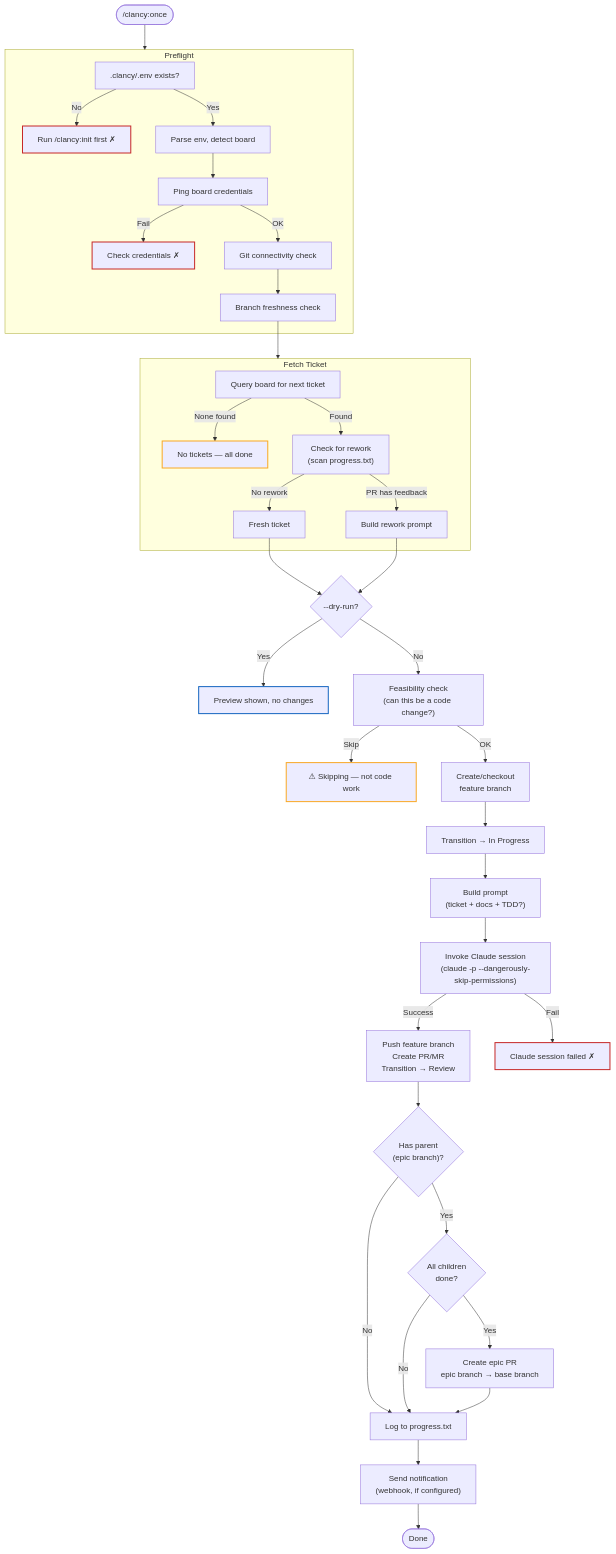
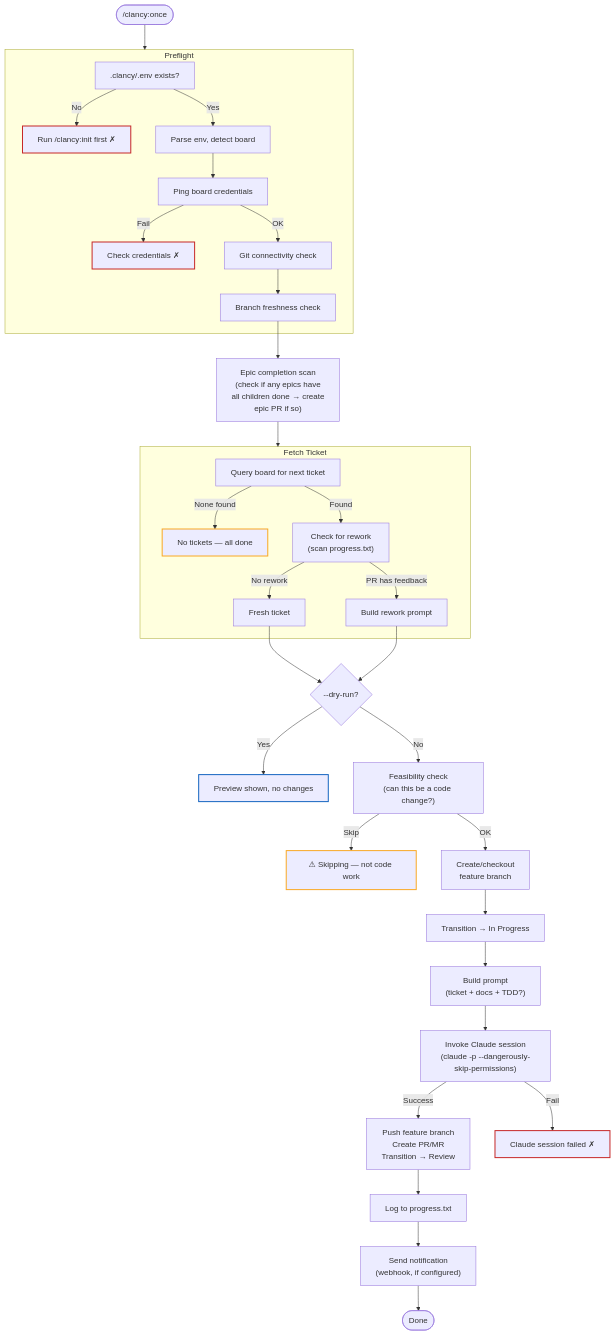
One commit to Pushedskydiver/clancy changed the third of 8 diagrams in docs/VISUAL-ARCHITECTURE.md. Above: the diagram before and after it, drawn with Mermaid. The commit also changed other lines of this file, not shown here.

Commit message:
📝 docs: update visual architecture for epic reference + completion scan
- Diagram 3: add epic completion scan after preflight (before ticket
  fetch), remove stale post-delivery epic check
- Diagram 4: add "Epic: {key}" in description to ticket creation node

````diff
--- a/docs/VISUAL-ARCHITECTURE.md
+++ b/docs/VISUAL-ARCHITECTURE.md
@@ -140,59 +140,53 @@
 ```mermaid
 flowchart TD
     Start(["/clancy:once"]) --> Preflight
 
     subgraph Preflight
         P1[".clancy/.env exists?"] -->|No| Stop1["Run /clancy:init first ✗"]
         P1 -->|Yes| P2["Parse env, detect board"]
         P2 --> P3["Ping board credentials"]
         P3 -->|Fail| Stop2["Check credentials ✗"]
         P3 -->|OK| P4["Git connectivity check"]
         P4 --> P5["Branch freshness check"]
     end
 
-    P5 --> FetchTicket
+    P5 --> EpicScan
+
+    EpicScan["Epic completion scan\n(check if any epics have\nall children done → create\nepic PR if so)"] --> FetchTicket
 
     subgraph FetchTicket["Fetch Ticket"]
         F1["Query board for next ticket"] -->|None found| Stop3["No tickets — all done"]
         F1 -->|Found| F2["Check for rework\n(scan progress.txt)"]
         F2 -->|PR has feedback| Rework["Build rework prompt"]
         F2 -->|No rework| F3["Fresh ticket"]
     end
 
     F3 --> DryRun
     Rework --> DryRun
 
     DryRun{"--dry-run?"} -->|Yes| Stop4["Preview shown, no changes"]
     DryRun -->|No| Feasibility
 
     Feasibility["Feasibility check\n(can this be a code change?)"] -->|Skip| Stop5["⚠ Skipping — not code work"]
     Feasibility -->|OK| Branch
 
     Branch["Create/checkout\nfeature branch"] --> Transition["Transition → In Progress"]
     Transition --> BuildPrompt
 
     BuildPrompt["Build prompt\n(ticket + docs + TDD?)"] --> InvokeClaude["Invoke Claude session\n(claude -p --dangerously-skip-permissions)"]
 
     InvokeClaude -->|Success| PRDeliver["Push feature branch\nCreate PR/MR\nTransition → Review"]
     InvokeClaude -->|Fail| Stop6["Claude session failed ✗"]
 
-    PRDeliver --> EpicCheck{"Has parent\n(epic branch)?"}
-
-    EpicCheck -->|Yes| ChildrenDone{"All children\ndone?"}
-    EpicCheck -->|No| Log["Log to progress.txt"]
-
-    ChildrenDone -->|Yes| EpicPR["Create epic PR\nepic branch → base branch"]
-    ChildrenDone -->|No| Log
-
-    EpicPR --> Log
+    PRDeliver --> Log["Log to progress.txt"]
 
     Log --> Notify["Send notification\n(webhook, if configured)"]
     Notify --> End(["Done"])
 
     style Stop1 stroke:#c62828,stroke-width:2px
     style Stop2 stroke:#c62828,stroke-width:2px
     style Stop3 stroke:#f9a825,stroke-width:2px
     style Stop4 stroke:#1565c0,stroke-width:2px
     style Stop5 stroke:#f9a825,stroke-width:2px
     style Stop6 stroke:#c62828,stroke-width:2px
 ```
````
